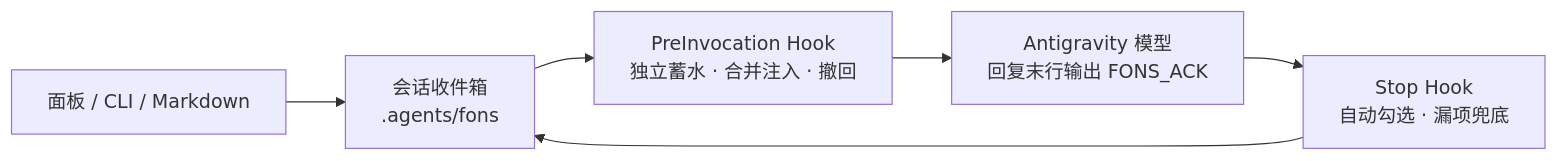
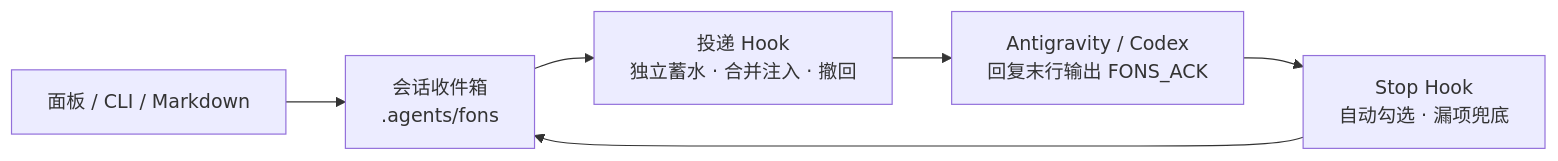
One commit to M1gr4ine/Fons changed the diagram in README.md. Above: the diagram before and after it, drawn with Mermaid. The commit also changed other lines of this file and 3 other files, not shown here.

Commit message:
docs: 更新多宿主文档与路线图，发布 v0.3.1

````diff
--- a/README.md
+++ b/README.md
@@ -55,12 +55,12 @@
 ```mermaid
 flowchart LR
   Input["面板 / CLI / Markdown"] --> Inbox["会话收件箱
 .agents/fons"]
-  Inbox --> Pre["PreInvocation Hook
+  Inbox --> Pre["投递 Hook
 独立蓄水 · 合并注入 · 撤回"]
-  Pre --> Model["Antigravity 模型
+  Pre --> Model["Antigravity / Codex
 回复末行输出 FONS_ACK"]
   Model --> Stop["Stop Hook
 自动勾选 · 漏项兜底"]
   Stop --> Inbox
 ```
````
